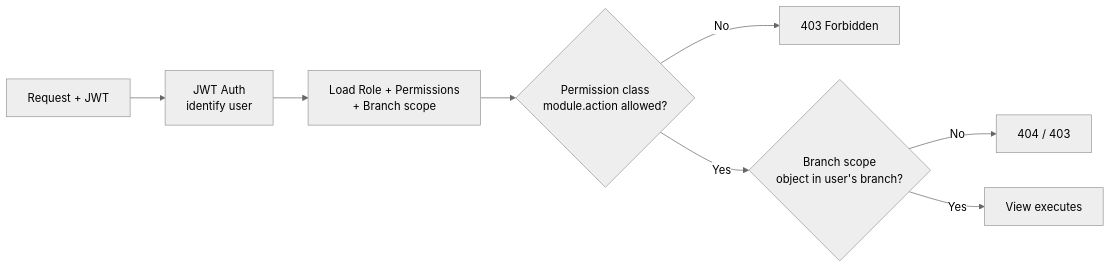
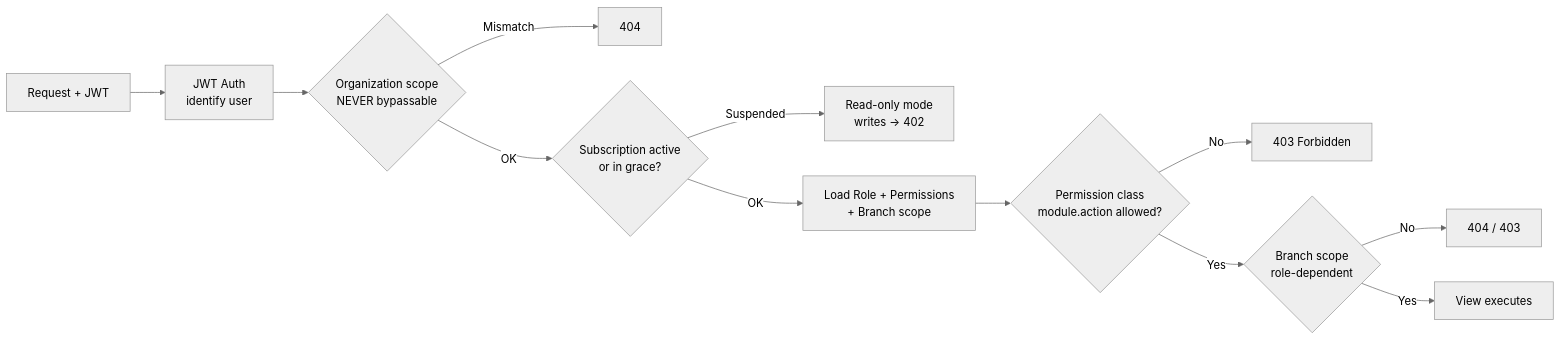
Before and after one commit to nizomiddin-rakhimberdiev/kg-crm: the seventh of 15 diagrams in docs/02_Software_Architecture.md, drawn with Mermaid (neutral theme). The commit also changed other lines of this file and 10 other files, not shown here.

````diff
--- a/docs/02_Software_Architecture.md
+++ b/docs/02_Software_Architecture.md
@@ -633,10 +684,14 @@
 ```mermaid
 graph LR
     REQ[Request + JWT] --> AUTH[JWT Auth<br/>identify user]
-    AUTH --> LOAD[Load Role + Permissions<br/>+ Branch scope]
+    AUTH --> ORG{Organization scope<br/>NEVER bypassable}
+    ORG -->|Mismatch| D404A[404]
+    ORG -->|OK| SUB{Subscription active<br/>or in grace?}
+    SUB -->|Suspended| RO[Read-only mode<br/>writes → 402]
+    SUB -->|OK| LOAD[Load Role + Permissions<br/>+ Branch scope]
     LOAD --> PERM{Permission class<br/>module.action allowed?}
     PERM -->|No| D403[403 Forbidden]
-    PERM -->|Yes| SCOPE{Branch scope<br/>object in user's branch?}
+    PERM -->|Yes| SCOPE{Branch scope<br/>role-dependent}
     SCOPE -->|No| D404[404 / 403]
     SCOPE -->|Yes| OK[View executes]
 ```
````
